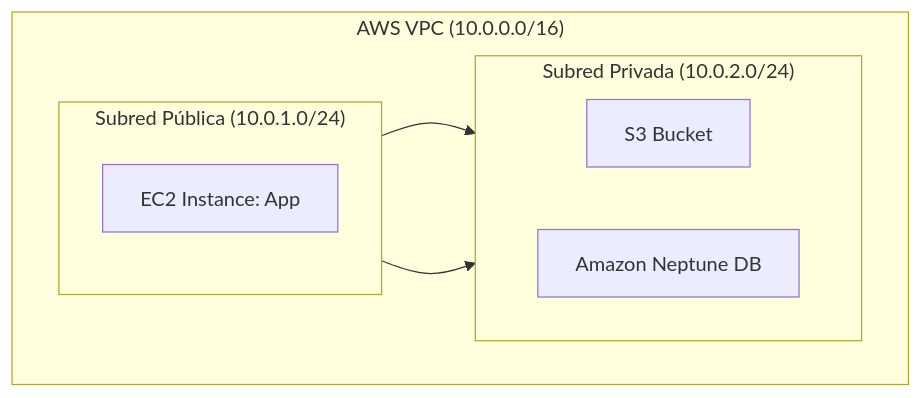
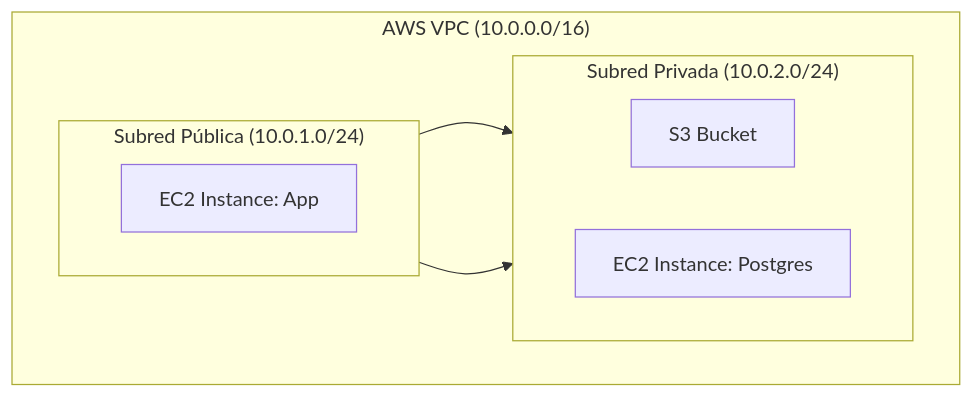
Before and after one commit to cardel/notasUniversidad: the first of 2 diagrams in docs/2025-II/InfraestructuraUSB/Sesion 05/Taller IAC.md, drawn with Mermaid. The commit also changed other lines of this file, not shown here.

````diff
--- a/docs/2025-II/InfraestructuraUSB/Sesion 05/Taller IAC.md
+++ b/docs/2025-II/InfraestructuraUSB/Sesion 05/Taller IAC.md
@@ -7,21 +7,21 @@
 ```mermaid
 graph TD
   subgraph AWS_VPC["AWS VPC (10.0.0.0/16)"]
     direction LR
 
     subgraph Public_Subnet["Subred Pública (10.0.1.0/24)"]
-      direction TB
+      direction LR
       ec2[EC2 Instance: App]
     end
 
     subgraph Private_Subnet["Subred Privada (10.0.2.0/24)"]
       direction LR
       s3_bucket[S3 Bucket]
-      neptune_db[Amazon Neptune DB]
+      ec2_db[EC2 Instance: Postgres]
     end
   end
 
   ec2 --> s3_bucket
-  ec2 --> neptune_db
+  ec2 --> ec2_db
 
 ```
````
